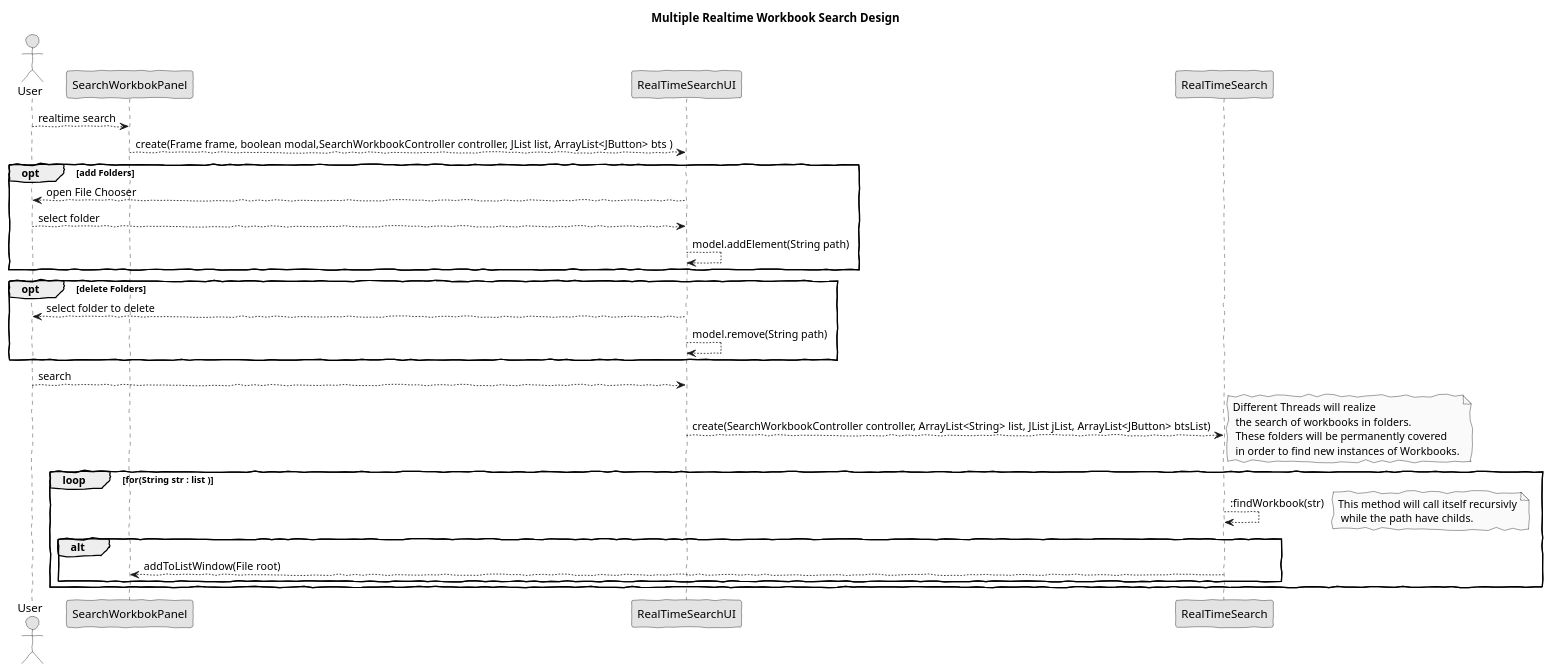
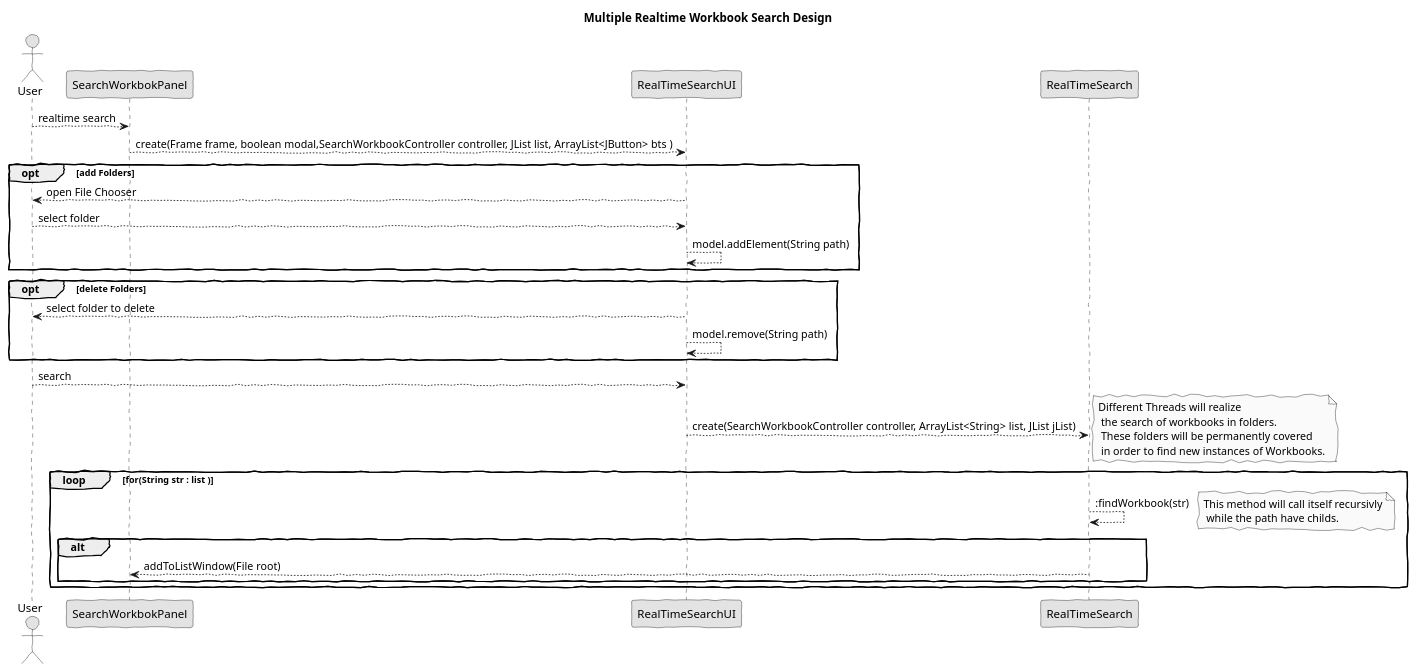
Before and after one commit to PeFerreira98/ISEP.Lic.LAPR4_2017: the diagram in src/main/java/lapr4/red/s3/ipc/n1131106/realtimeworkbook/ipc02_03_design.puml, drawn with PlantUML. The commit also changed 9 other files, not shown here.

```diff
--- a/src/main/java/lapr4/red/s3/ipc/n1131106/realtimeworkbook/ipc02_03_design.puml
+++ b/src/main/java/lapr4/red/s3/ipc/n1131106/realtimeworkbook/ipc02_03_design.puml
@@ -1,48 +1,48 @@
 @startuml ipc02_03_design.png
 skinparam handwritten true
 skinparam monochrome true
 skinparam packageStyle rect
 skinparam defaultFontName FG Virgil
 skinparam shadowing false
 
 title Multiple Realtime Workbook Search Design
 
 actor User
 
 participant "SearchWorkbokPanel" as searchWorkbookPanel
 participant "RealTimeSearchUI" as realTimeUI
 participant "RealTimeSearch" as realTime
 
 User --> searchWorkbookPanel : realtime search
 
 searchWorkbookPanel --> realTimeUI : create(Frame frame, boolean modal,SearchWorkbookController controller, JList list, ArrayList<JButton> bts )
 
 opt add Folders
 realTimeUI --> User : open File Chooser
 User --> realTimeUI : select folder
 realTimeUI --> realTimeUI : model.addElement(String path)
 
 end opt
 
 opt delete Folders
 realTimeUI --> User : select folder to delete
 realTimeUI --> realTimeUI : model.remove(String path)
 
 end opt
 
 User --> realTimeUI : search
-realTimeUI --> realTime : create(SearchWorkbookController controller, ArrayList<String> list, JList jList, ArrayList<JButton> btsList)
+realTimeUI --> realTime : create(SearchWorkbookController controller, ArrayList<String> list, JList jList)
 note right: Different Threads will realize\n the search of workbooks in folders.\n These folders will be permanently covered\n in order to find new instances of Workbooks.
 
 loop for(String str : list )
 realTime --> realTime ::findWorkbook(str)
 note right : This method will call itself recursivly\n while the path have childs.
 
 
 alt
 	realTime --> searchWorkbookPanel : addToListWindow(File root)
 end alt
 end loop
 
 
 @enduml
```
